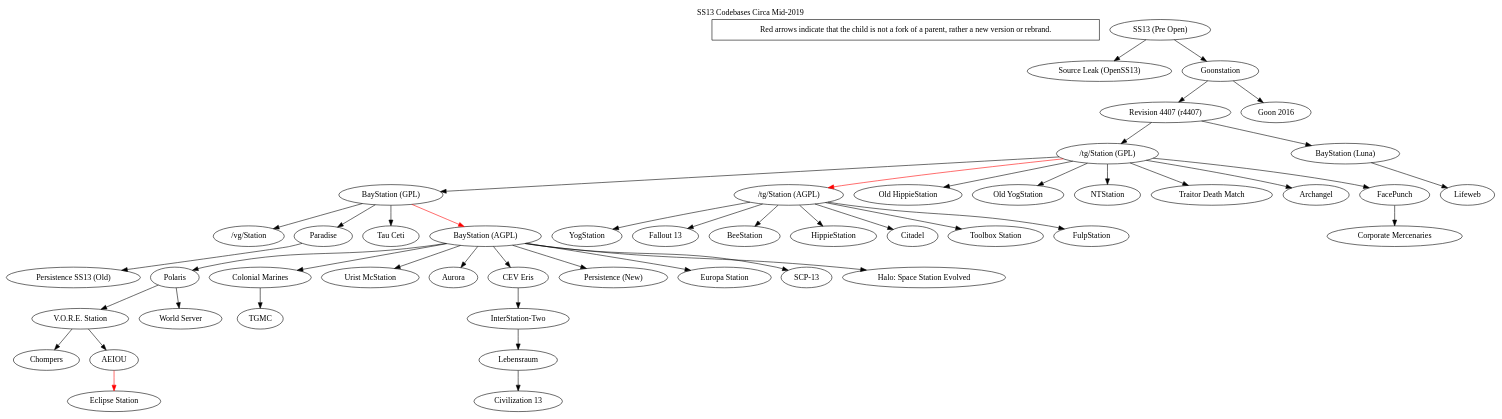
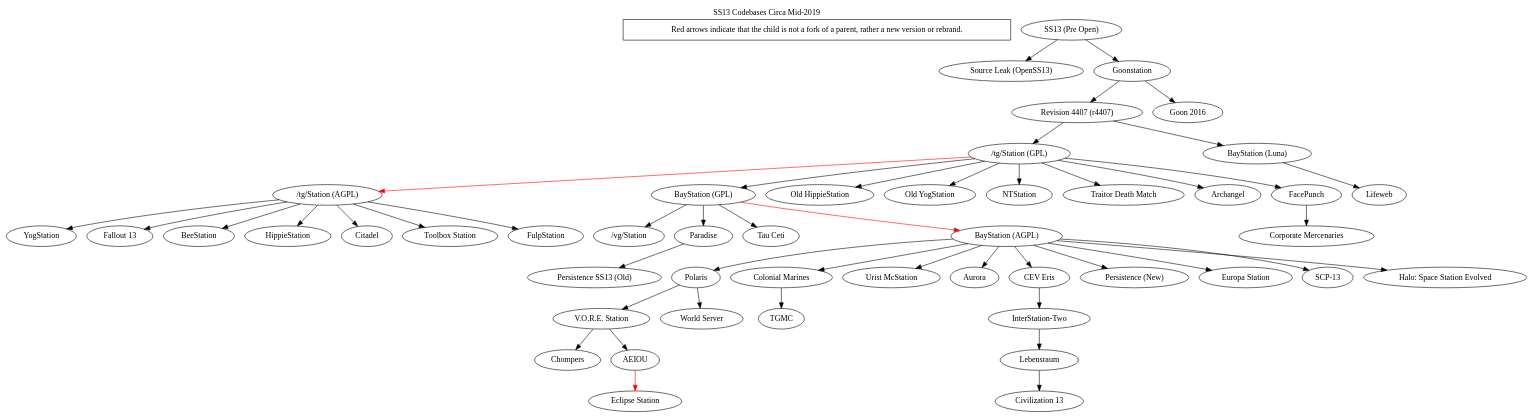
One commit to spacestation13/SS13-Codebases changed the diagram in tree.dot. Above: the diagram before and after it, drawn with Graphviz. The commit also changed other lines of this file and 1 other file, not shown here.

```diff
--- a/tree.dot
+++ b/tree.dot
@@ -1,54 +1,54 @@
 digraph  G {
 	label = "SS13 Codebases Circa Mid-2019"
 	labelloc="t"
 
 	// info boxes
 	"Red arrows indicate that the child is not a fork of a parent, rather a new version or rebrand." [shape=rectangle]
 
 	"SS13 (Pre Open)" -> "Source Leak (OpenSS13)"
 	"SS13 (Pre Open)" -> "Goonstation"
 	"Goonstation" -> "Revision 4407 (r4407)"
 	"Goonstation" -> "Goon 2016"
 	"Revision 4407 (r4407)" -> "/tg/Station (GPL)"
 	"Revision 4407 (r4407)" -> "BayStation (Luna)"
 	"BayStation (Luna)" -> "Lifeweb" 
-	"BayStation (GPL)" -> "/vg/Station"
-	"BayStation (GPL)" -> "Paradise"
-	"BayStation (GPL)" -> "Tau Ceti"
-	"BayStation (GPL)" -> "BayStation (AGPL)"  [color=red]
-	"Paradise" -> "Persistence SS13 (Old)"
 	"/tg/Station (GPL)" -> "/tg/Station (AGPL)" [color=red]
 	"/tg/Station (GPL)" -> "BayStation (GPL)" 
 	"/tg/Station (GPL)" -> "Old HippieStation"
 	"/tg/Station (GPL)" -> "Old YogStation"
 	"/tg/Station (GPL)" -> "NTStation"
 	"/tg/Station (GPL)" -> "Traitor Death Match"
 	"/tg/Station (GPL)" -> "Archangel"
 	"/tg/Station (GPL)" -> "FacePunch"
 	"FacePunch" -> "Corporate Mercenaries"
+	"BayStation (GPL)" -> "/vg/Station"
+	"BayStation (GPL)" -> "Paradise"
+	"BayStation (GPL)" -> "Tau Ceti"
+	"BayStation (GPL)" -> "BayStation (AGPL)"  [color=red]
+	"Paradise" -> "Persistence SS13 (Old)"
 	"/tg/Station (AGPL)" -> "YogStation"
 	"/tg/Station (AGPL)" -> "Fallout 13"
 	"/tg/Station (AGPL)" -> "BeeStation"
 	"/tg/Station (AGPL)" -> "HippieStation"
 	"/tg/Station (AGPL)" -> "Citadel"
 	"/tg/Station (AGPL)" -> "Toolbox Station"
 	"/tg/Station (AGPL)" -> "FulpStation"
 	"BayStation (AGPL)" -> "Polaris"
 	"BayStation (AGPL)" -> "Colonial Marines"
 	"BayStation (AGPL)" -> "Urist McStation"
 	"BayStation (AGPL)" -> "Aurora"
 	"BayStation (AGPL)" -> "CEV Eris"
 	"BayStation (AGPL)" -> "Persistence (New)"
 	"BayStation (AGPL)" -> "Europa Station"
 	"BayStation (AGPL)" -> "SCP-13"
 	"BayStation (AGPL)" -> "Halo: Space Station Evolved"
 	"Colonial Marines" -> "TGMC"
 	"CEV Eris" -> "InterStation-Two"
 	"InterStation-Two" -> "Lebensraum"
 	"Lebensraum" -> "Civilization 13"
 	"Polaris" -> "V.O.R.E. Station"
 	"V.O.R.E. Station" -> "Chompers"
 	"V.O.R.E. Station" -> "AEIOU"
 	"Polaris" -> "World Server"
 	"AEIOU" -> "Eclipse Station" [color=red]
 }
```
